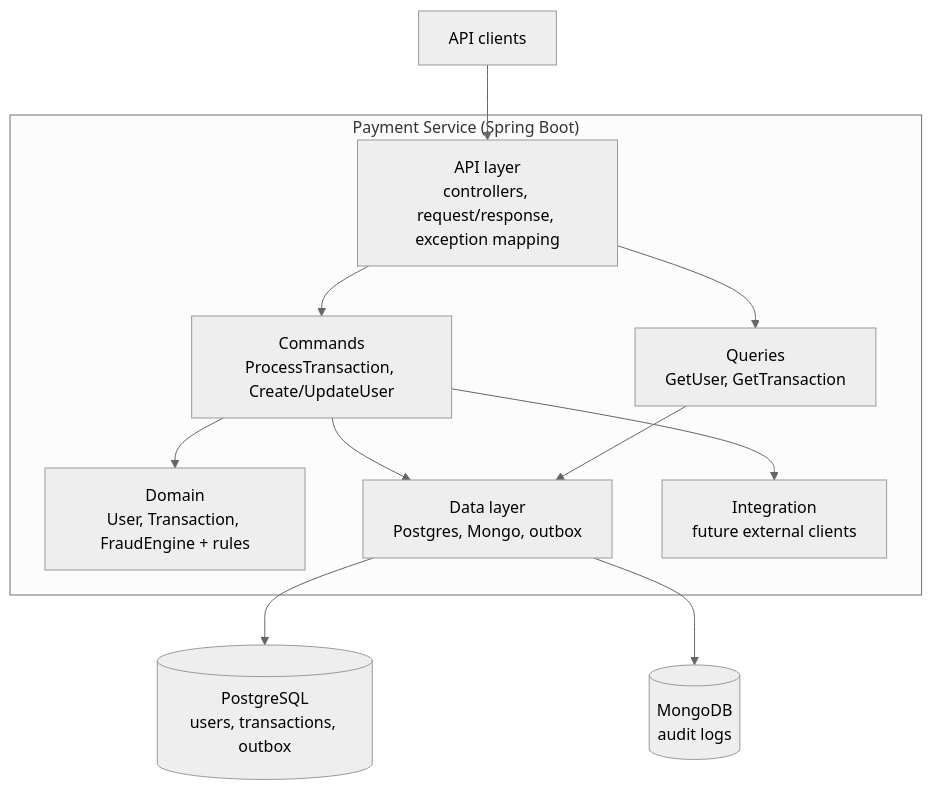
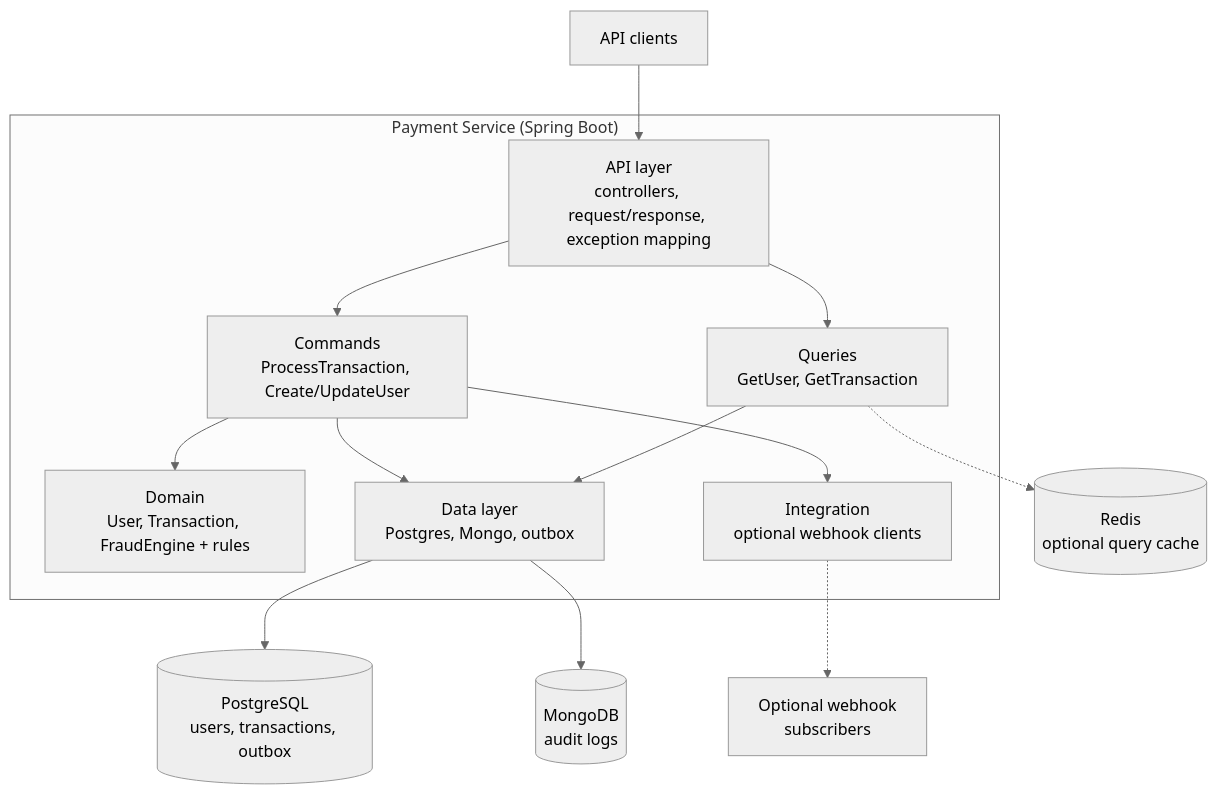
The first of 4 diagrams in docs/high-level-design.md (aaami1ster/payment-processing-system), drawn with Mermaid (neutral theme) before and after one commit. The commit also changed other lines of this file and 2 other files, not shown here.

First line of the commit message:
docs: update design documents to include optional enhancements and clarify architecture

````diff
--- a/docs/high-level-design.md
+++ b/docs/high-level-design.md
@@ -24,26 +24,30 @@
 ```mermaid
 flowchart TB
     Client["API clients"]
 
     subgraph App["Payment Service (Spring Boot)"]
         API["API layer<br/>controllers, request/response, exception mapping"]
         Cmd["Commands<br/>ProcessTransaction, Create/UpdateUser"]
         Qry["Queries<br/>GetUser, GetTransaction"]
         Domain["Domain<br/>User, Transaction, FraudEngine + rules"]
         Data["Data layer<br/>Postgres, Mongo, outbox"]
-        Integ["Integration<br/>future external clients"]
+        Integ["Integration<br/>optional webhook clients"]
     end
 
     PG[("PostgreSQL<br/>users, transactions, outbox")]
     Mongo[("MongoDB<br/>audit logs")]
+    Redis[("Redis<br/>optional query cache")]
+    Webhook["Optional webhook<br/>subscribers"]
 
     Client --> API
     API --> Cmd
     API --> Qry
     Cmd --> Domain
     Cmd --> Data
     Cmd --> Integ
     Qry --> Data
+    Qry -.-> Redis
     Data --> PG
     Data --> Mongo
+    Integ -.-> Webhook
 ```
````
